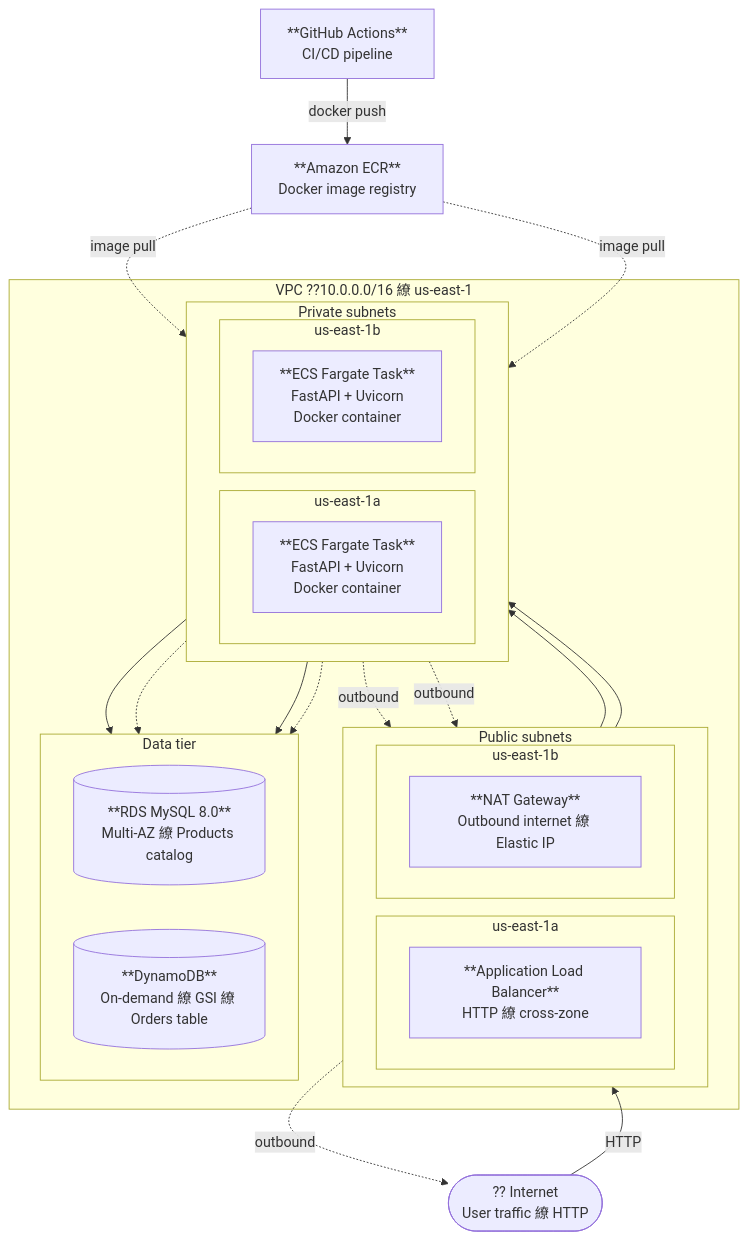
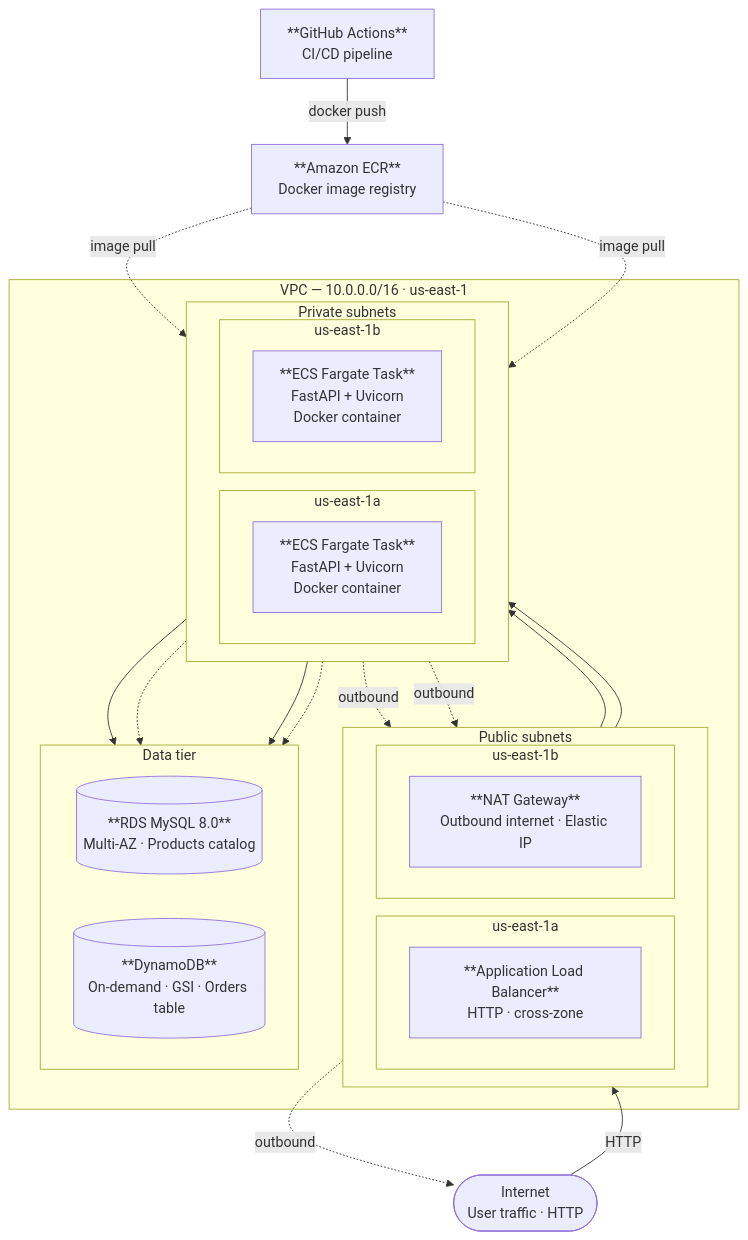
The diagram in README.md (qw486759/aws-ecommerce-platform), drawn with Mermaid before and after one commit. The commit also changed other lines of this file, not shown here.

````diff
--- a/README.md
+++ b/README.md
@@ -9,51 +9,51 @@
 ```mermaid
 flowchart TD
-    Internet(["?? Internet\nUser traffic 繚 HTTP"])
+    Internet(["Internet\nUser traffic · HTTP"])
 
-    subgraph VPC["VPC ??10.0.0.0/16 繚 us-east-1"]
+    subgraph VPC["VPC — 10.0.0.0/16 · us-east-1"]
 
         subgraph PUB["Public subnets"]
             direction LR
             subgraph PUB_A["us-east-1a"]
-                ALB["**Application Load Balancer**\nHTTP 繚 cross-zone"]
+                ALB["**Application Load Balancer**\nHTTP · cross-zone"]
             end
             subgraph PUB_B["us-east-1b"]
-                NAT["**NAT Gateway**\nOutbound internet 繚 Elastic IP"]
+                NAT["**NAT Gateway**\nOutbound internet · Elastic IP"]
             end
         end
 
         subgraph PRIV["Private subnets"]
             direction LR
             subgraph PRIV_A["us-east-1a"]
                 FARGATE_A["**ECS Fargate Task**\nFastAPI + Uvicorn\nDocker container"]
             end
             subgraph PRIV_B["us-east-1b"]
                 FARGATE_B["**ECS Fargate Task**\nFastAPI + Uvicorn\nDocker container"]
             end
         end
 
         subgraph DATA["Data tier"]
             direction LR
-            RDS[("**RDS MySQL 8.0**\nMulti-AZ 繚 Products catalog")]
-            DDB[("**DynamoDB**\nOn-demand 繚 GSI 繚 Orders table")]
+            RDS[("**RDS MySQL 8.0**\nMulti-AZ · Products catalog")]
+            DDB[("**DynamoDB**\nOn-demand · GSI · Orders table")]
         end
 
     end
 
     ECR["**Amazon ECR**\nDocker image registry"]
     GHA["**GitHub Actions**\nCI/CD pipeline"]
 
     GHA -->|"docker push"| ECR
     ECR -.->|"image pull"| FARGATE_A
     ECR -.->|"image pull"| FARGATE_B
     Internet -->|"HTTP"| ALB
     ALB --> FARGATE_A
     ALB --> FARGATE_B
     FARGATE_A --> RDS
     FARGATE_A -.-> DDB
     FARGATE_B --> DDB
     FARGATE_B -.-> RDS
     FARGATE_A -.->|"outbound"| NAT
     FARGATE_B -.->|"outbound"| NAT
     NAT -.->|"outbound"| Internet
 ```
````
